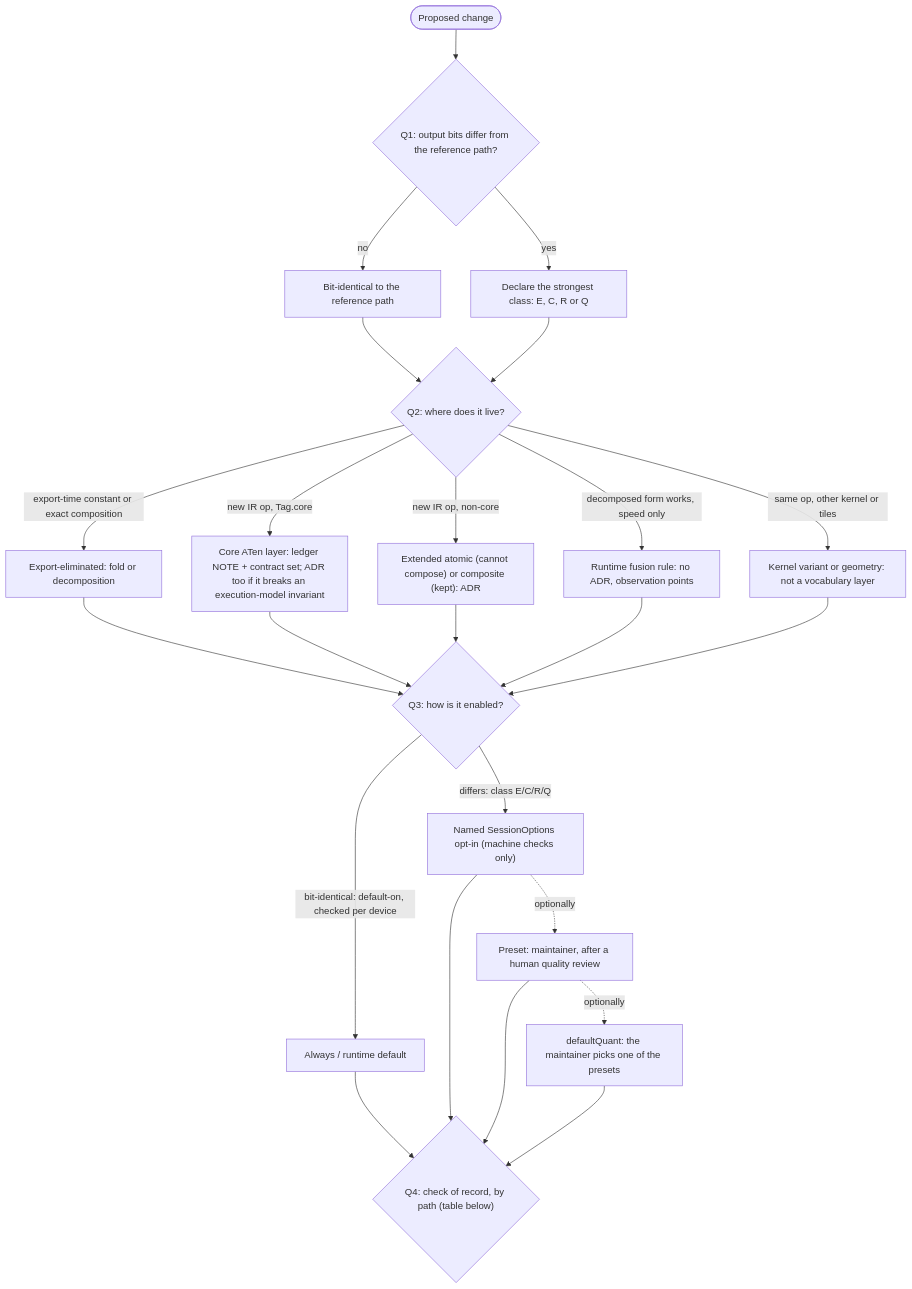
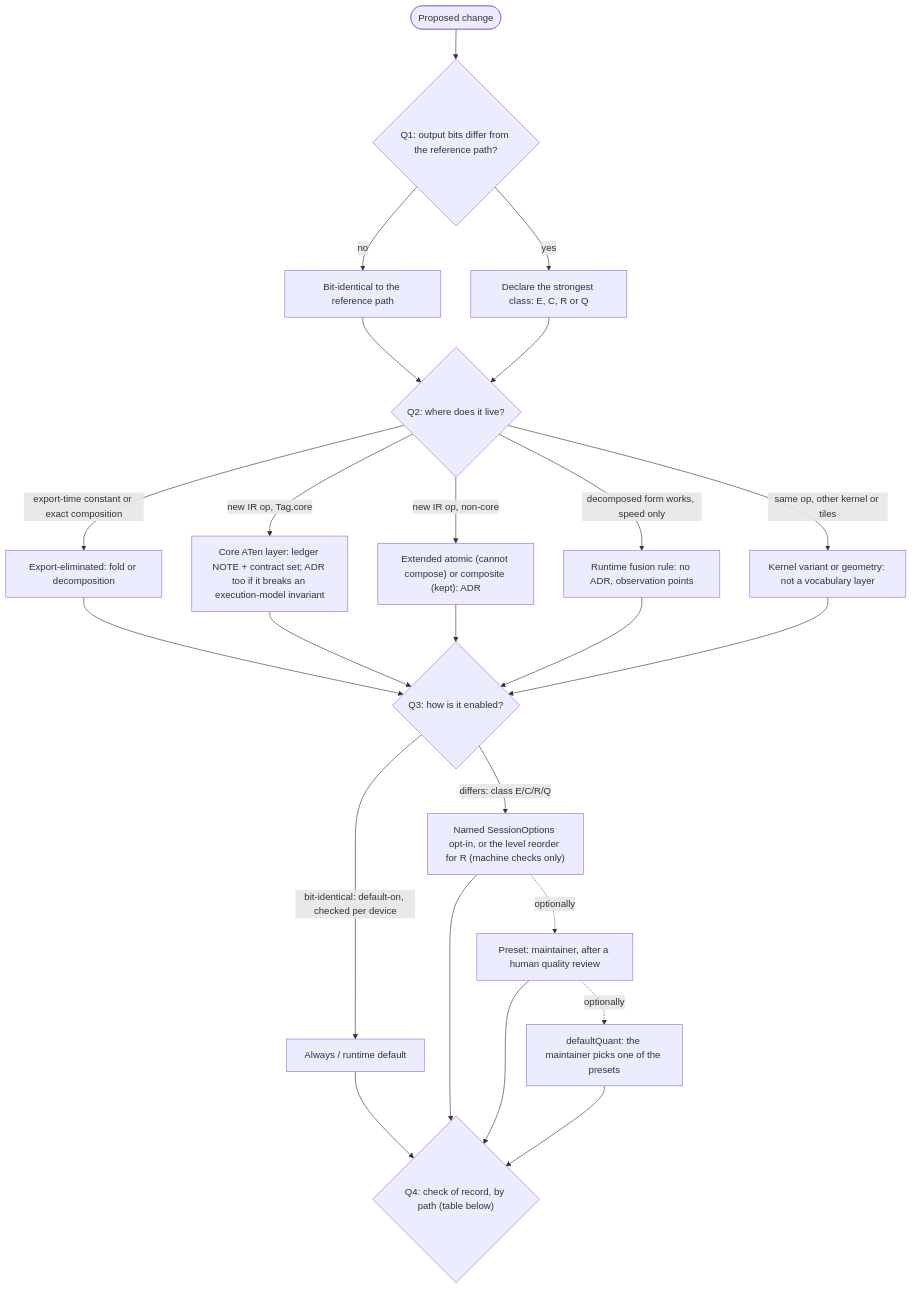
The diagram in docs/kernel-rules.md (hdae/karume), drawn with Mermaid before and after one commit. The commit also changed other lines of this file and 131 other files, not shown here.

````diff
--- a/docs/kernel-rules.md
+++ b/docs/kernel-rules.md
@@ -40,19 +40,19 @@
 ```mermaid
 flowchart TD
   start(["Proposed change"]) --> q1{"Q1: output bits differ from the reference path?"}
   q1 -- "no" --> same["Bit-identical to the reference path"]
   q1 -- "yes" --> cls["Declare the strongest class: E, C, R or Q"]
   same --> q2{"Q2: where does it live?"}
   cls --> q2
   q2 -- "export-time constant or exact composition" --> d1["Export-eliminated: fold or decomposition"]
   q2 -- "new IR op, Tag.core" --> d2["Core ATen layer: ledger NOTE + contract set; ADR too if it breaks an execution-model invariant"]
   q2 -- "new IR op, non-core" --> d3["Extended atomic (cannot compose) or composite (kept): ADR"]
   q2 -- "decomposed form works, speed only" --> d4["Runtime fusion rule: no ADR, observation points"]
   q2 -- "same op, other kernel or tiles" --> d5["Kernel variant or geometry: not a vocabulary layer"]
   d1 & d2 & d3 & d4 & d5 --> q3{"Q3: how is it enabled?"}
   q3 -- "bit-identical: default-on, checked per device" --> on["Always / runtime default"]
-  q3 -- "differs: class E/C/R/Q" --> opt["Named SessionOptions opt-in (machine checks only)"]
+  q3 -- "differs: class E/C/R/Q" --> opt["Named SessionOptions opt-in, or the level reorder for R (machine checks only)"]
   opt -.->|"optionally"| pre["Preset: maintainer, after a human quality review"]
   pre -.->|"optionally"| dq["defaultQuant: the maintainer picks one of the presets"]
   on & opt & pre & dq --> q4{"Q4: check of record, by path (table below)"}
 ```
````
